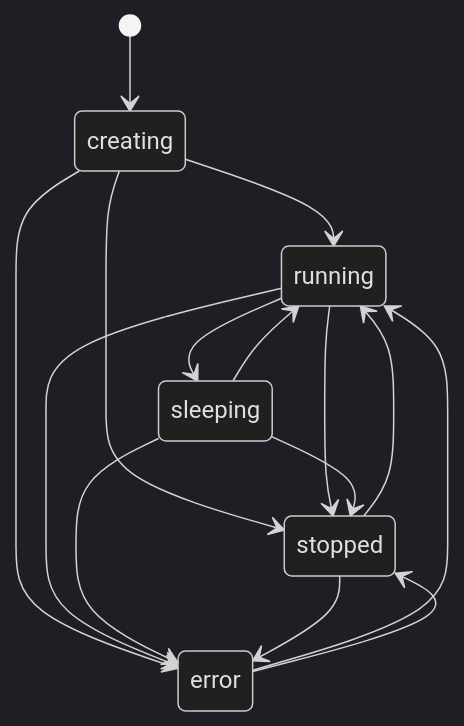
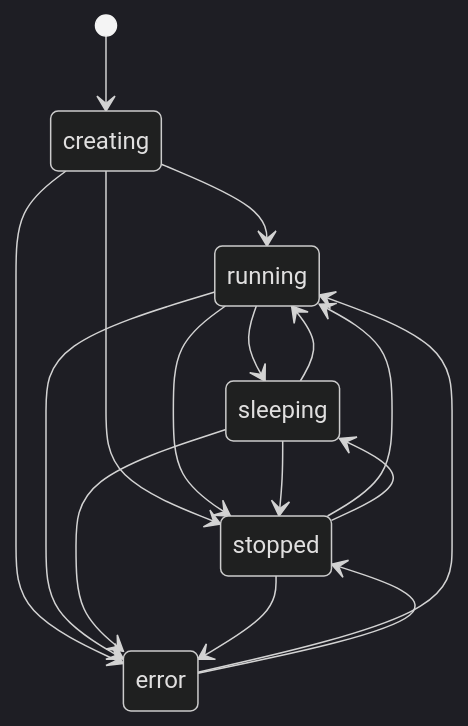
One commit to zgeoff/imp changed the diagram in docs/architecture/lifecycle/lifecycle.md. Above: the diagram before and after it, drawn with Mermaid (dark theme). The commit also changed other lines of this file and 13 other files, not shown here.

````diff
--- a/docs/architecture/lifecycle/lifecycle.md
+++ b/docs/architecture/lifecycle/lifecycle.md
@@ -16,17 +16,18 @@
 ```mermaid
 stateDiagram-v2
   [*] --> creating
   creating --> running
   creating --> stopped
   creating --> error
   running --> sleeping
   running --> stopped
   running --> error
   sleeping --> running
   sleeping --> stopped
   sleeping --> error
   stopped --> running
+  stopped --> sleeping
   stopped --> error
   error --> running
   error --> stopped
 ```
````
